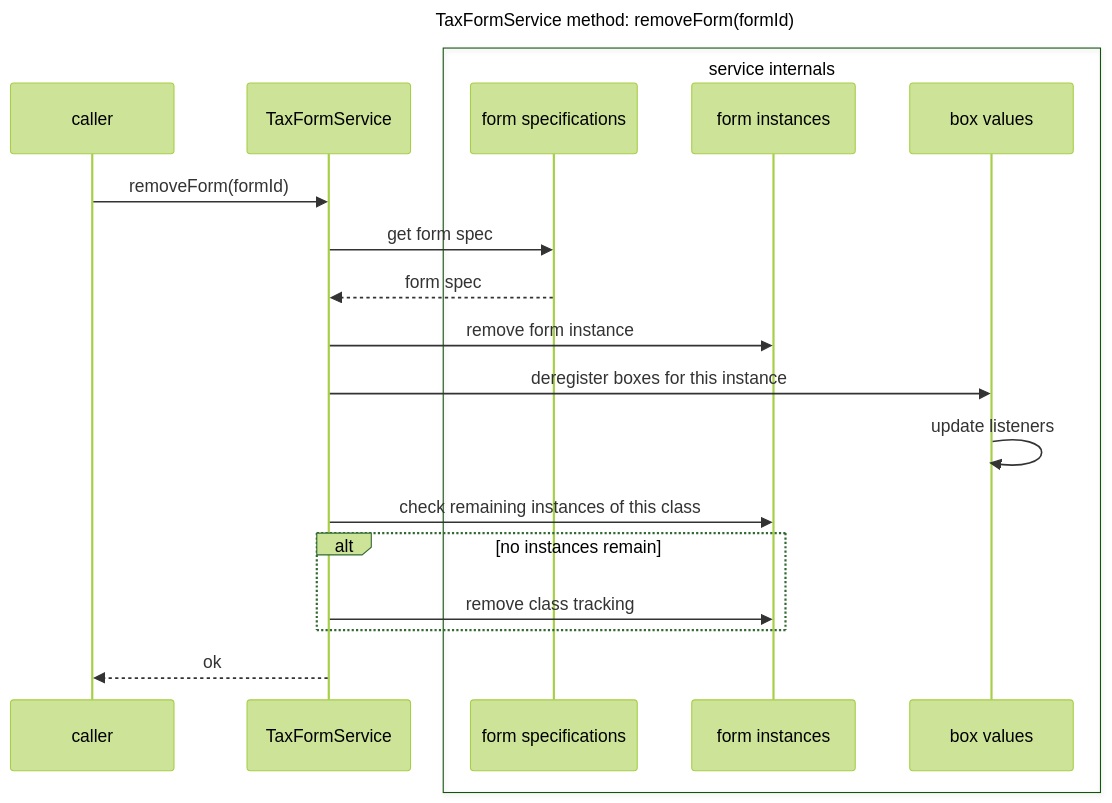
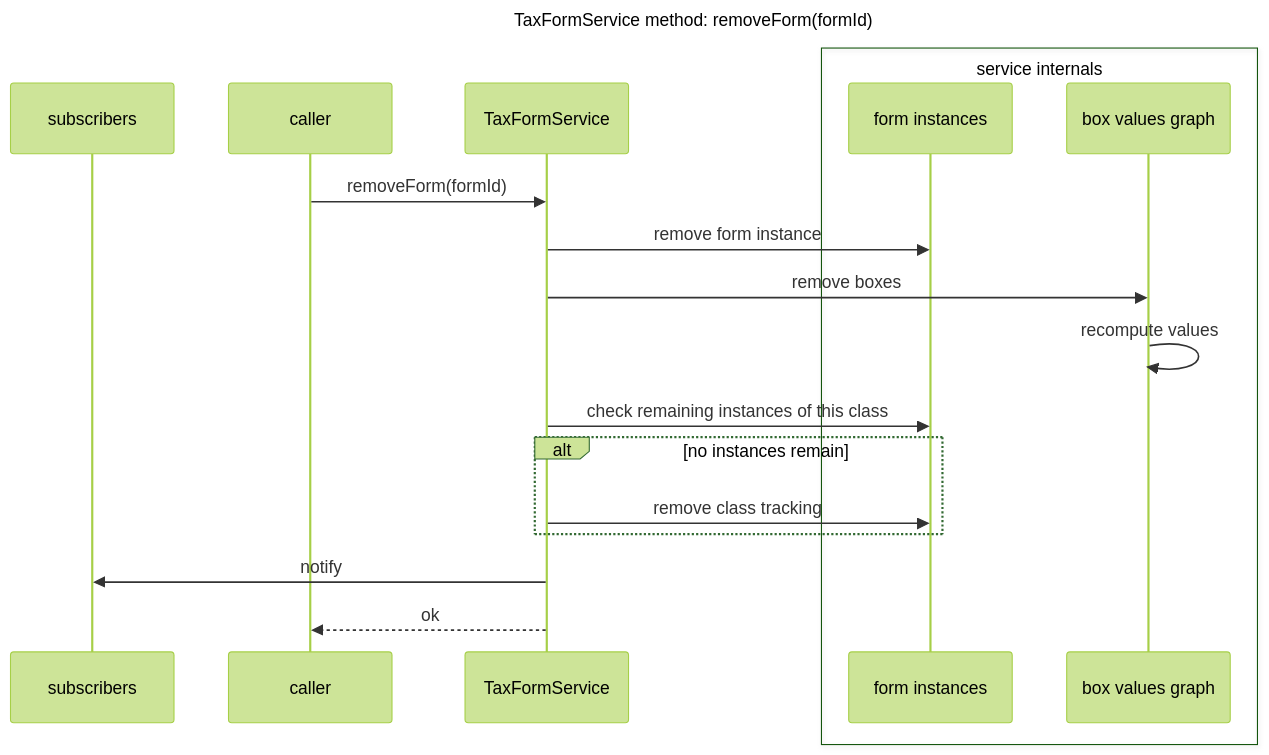
The fourth of 9 diagrams in plan/index.md (wllmwu/thumbtax), drawn with Mermaid (forest theme) before and after one commit. The commit also changed other lines of this file, not shown here.

Commit message:
Claude: explicit dependency graph in service

````diff
--- a/plan/index.md
+++ b/plan/index.md
@@ -365,25 +363,24 @@
 ```mermaid
 ---
 title: "TaxFormService method: removeForm(formId)"
 ---
 sequenceDiagram
+  participant subscribers
   participant caller
   participant service as TaxFormService
   box service internals
-  participant specs as form specifications
   participant instances as form instances
-  participant values as box values
+  participant values as box values graph
   end
 
   caller->>service: removeForm(formId)
-  service->>specs: get form spec
-  specs-->>service: form spec
   service->>instances: remove form instance
-  service->>values: deregister boxes for this instance
-  values->>values: update listeners
+  service->>values: remove boxes
+  values->>values: recompute values
   service->>instances: check remaining instances of this class
   alt no instances remain
   service->>instances: remove class tracking
   end
+  service->>subscribers: notify
   service-->>caller: ok
 ```
````
